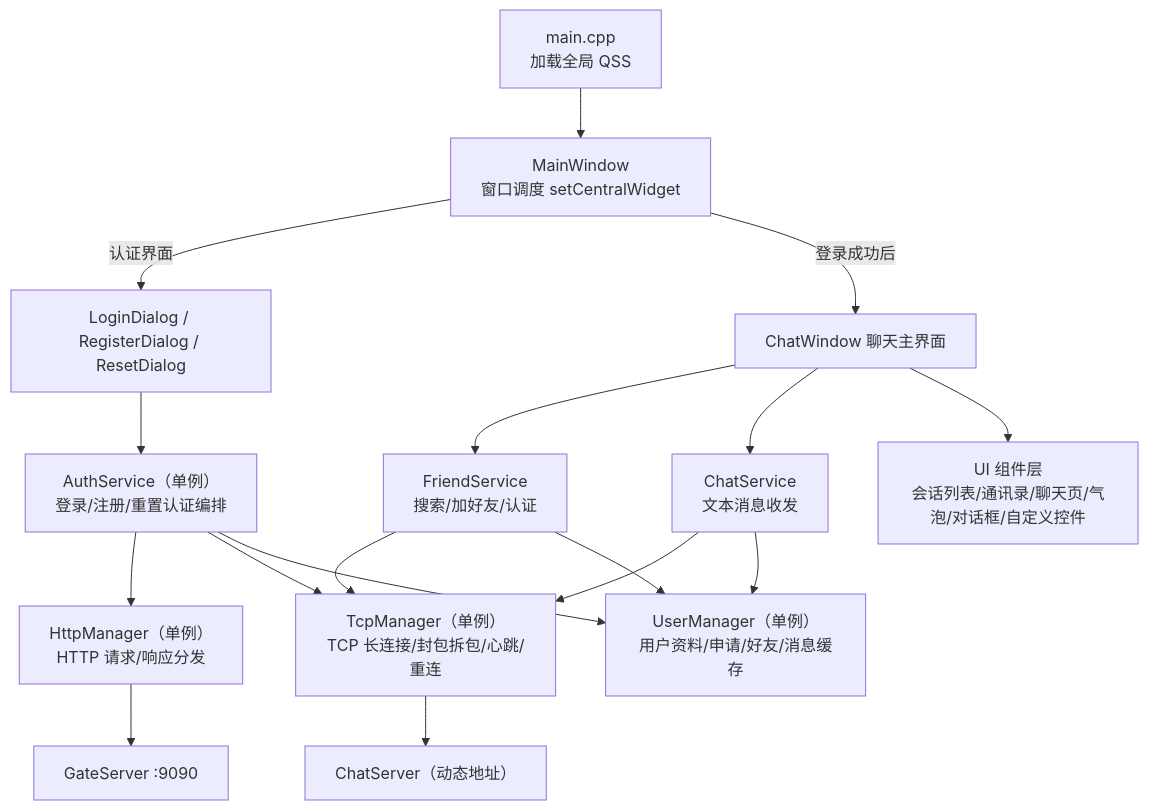
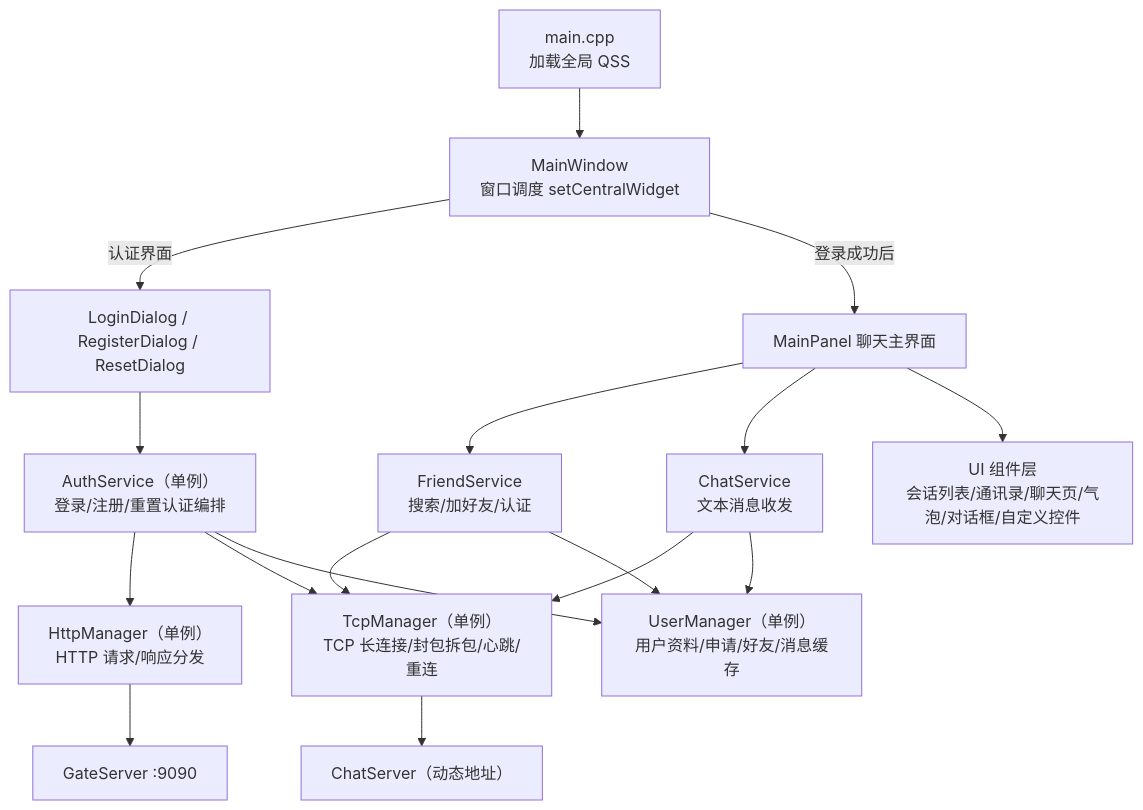
Before and after one commit to codeT2001/MyChat: the first of 10 diagrams in Client/README.md, drawn with Mermaid. The commit also changed other lines of this file and 132 other files, not shown here.

````diff
--- a/Client/README.md
+++ b/Client/README.md
@@ -41,25 +41,25 @@
 ```mermaid
 graph TB
     Main["main.cpp<br/>加载全局 QSS"] --> MW["MainWindow<br/>窗口调度 setCentralWidget"]
 
     MW -->|"认证界面"| Dialogs["LoginDialog / RegisterDialog / ResetDialog"]
-    MW -->|"登录成功后"| CW["ChatWindow 聊天主界面"]
+    MW -->|"登录成功后"| CW["MainPanel 聊天主界面"]
 
     Dialogs --> Auth["AuthService（单例）<br/>登录/注册/重置认证编排"]
     Auth --> Http["HttpManager（单例）<br/>HTTP 请求/响应分发"]
     Auth --> Tcp["TcpManager（单例）<br/>TCP 长连接/封包拆包/心跳/重连"]
 
     CW --> FS["FriendService<br/>搜索/加好友/认证"]
     CW --> CS["ChatService<br/>文本消息收发"]
     FS --> Tcp
     CS --> Tcp
 
     Http --> Gate["GateServer :9090"]
     Tcp --> ChatSrv["ChatServer（动态地址）"]
 
     FS --> UM["UserManager（单例）<br/>用户资料/申请/好友/消息缓存"]
     CS --> UM
     Auth --> UM
 
     CW --> UI["UI 组件层<br/>会话列表/通讯录/聊天页/气泡/对话框/自定义控件"]
 ```
````
